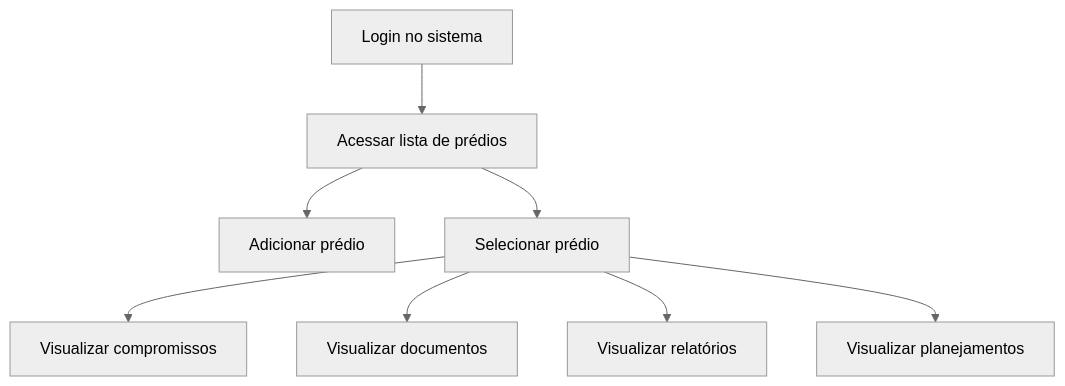
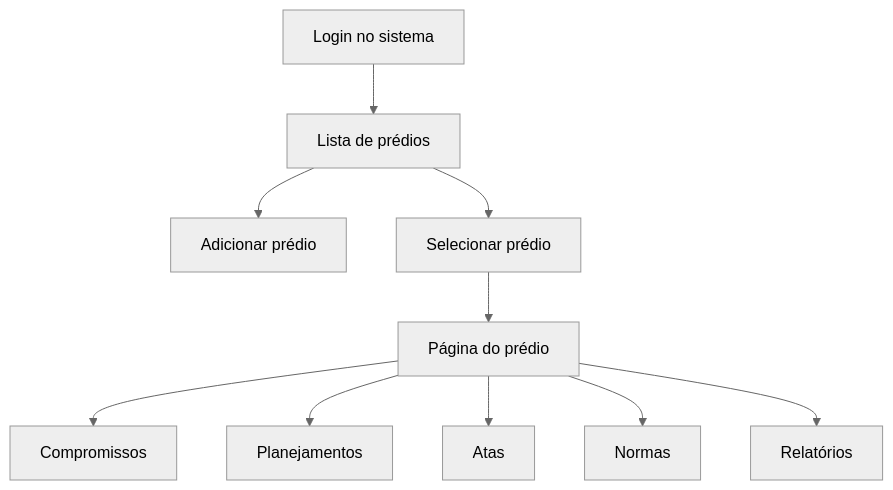
Before and after one commit to pdrollucas/euSindico: the tenth of 15 diagrams in documentation/RFC/RFC.md, drawn with Mermaid (neutral theme). The commit also changed other lines of this file, not shown here.

First line of the commit message:
Docs: Update project version and enhance flow diagrams

````diff
--- a/documentation/RFC/RFC.md
+++ b/documentation/RFC/RFC.md
@@ -512,13 +549,16 @@
 ```mermaid
 flowchart TD
 
-A[Login no sistema] --> B[Acessar lista de prédios]
+A[Login no sistema] --> B[Lista de prédios]
 
 B --> C[Adicionar prédio]
 B --> D[Selecionar prédio]
 
-D --> E[Visualizar compromissos]
-D --> F[Visualizar documentos]
-D --> G[Visualizar relatórios]
-D --> H[Visualizar planejamentos]
+D --> E[Página do prédio]
+
+E --> F[Compromissos]
+E --> G[Planejamentos]
+E --> H[Atas]
+E --> I[Normas]
+E --> J[Relatórios]
 ```
````
